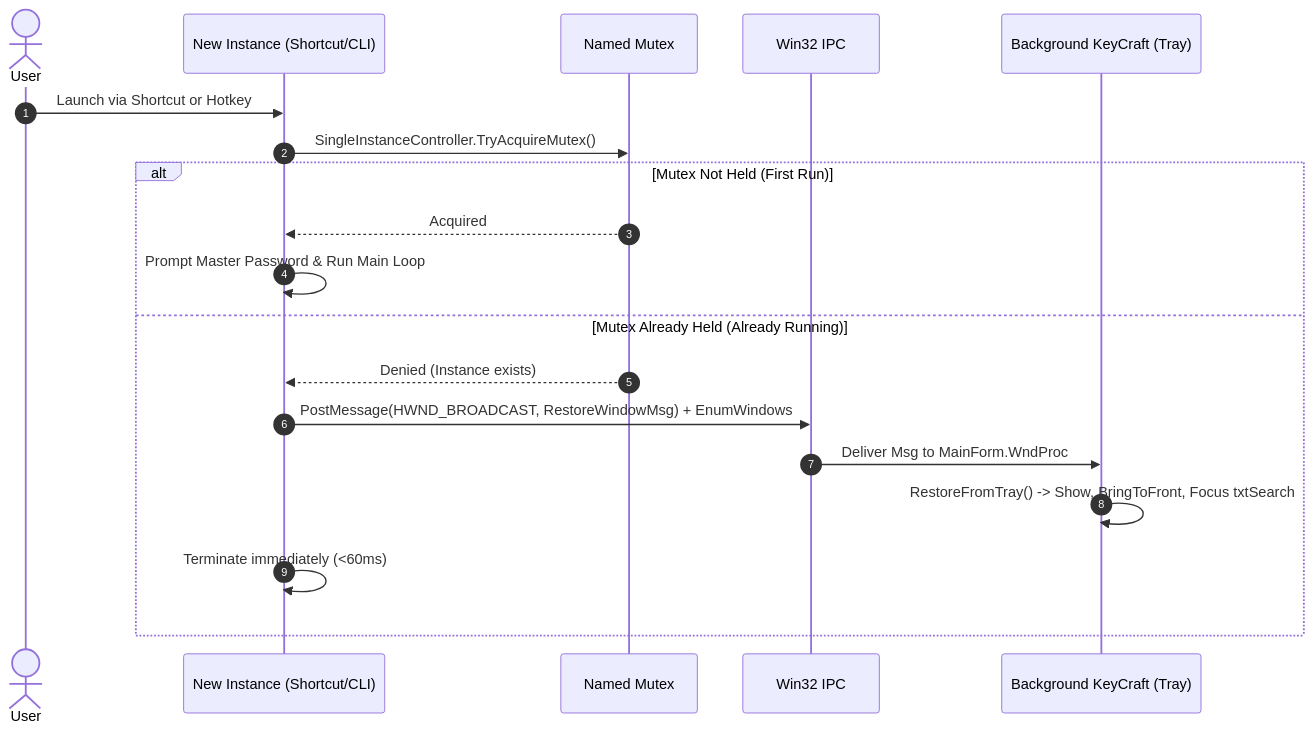
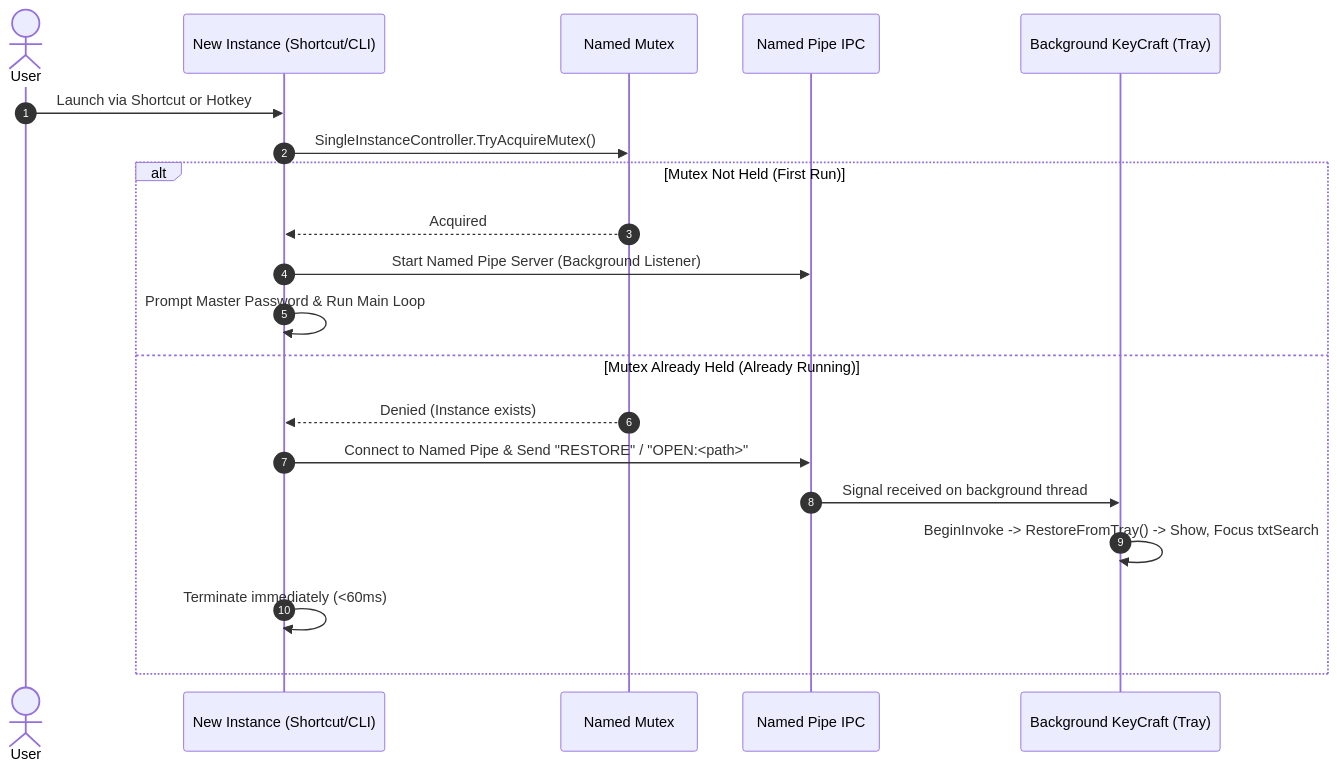
One commit to ayush1920/windows-password-manager changed the second of 2 diagrams in README.md. Above: the diagram before and after it, drawn with Mermaid. The commit also changed other lines of this file and 8 other files, not shown here.

Commit message:
fix: replace single-instance IPC with Named Pipes eliminating GDI+ and .NET helper window leaks, add dedicated test suite

````diff
--- a/README.md
+++ b/README.md
@@ -87,22 +87,23 @@
 ```mermaid
 sequenceDiagram
     autonumber
     actor User
     participant Process2 as New Instance (Shortcut/CLI)
     participant Mutex as Named Mutex
-    participant Win32 as Win32 IPC
+    participant Pipe as Named Pipe IPC
     participant Process1 as Background KeyCraft (Tray)
 
     User->>Process2: Launch via Shortcut or Hotkey
     Process2->>Mutex: SingleInstanceController.TryAcquireMutex()
     alt Mutex Not Held (First Run)
         Mutex-->>Process2: Acquired
+        Process2->>Pipe: Start Named Pipe Server (Background Listener)
         Process2->>Process2: Prompt Master Password & Run Main Loop
     else Mutex Already Held (Already Running)
         Mutex-->>Process2: Denied (Instance exists)
-        Process2->>Win32: PostMessage(HWND_BROADCAST, RestoreWindowMsg) + EnumWindows
-        Win32->>Process1: Deliver Msg to MainForm.WndProc
-        Process1->>Process1: RestoreFromTray() -> Show, BringToFront, Focus txtSearch
+        Process2->>Pipe: Connect to Named Pipe & Send "RESTORE" / "OPEN:<path>"
+        Pipe->>Process1: Signal received on background thread
+        Process1->>Process1: BeginInvoke -> RestoreFromTray() -> Show, Focus txtSearch
         Process2->>Process2: Terminate immediately (<60ms)
     end
 ```
````
